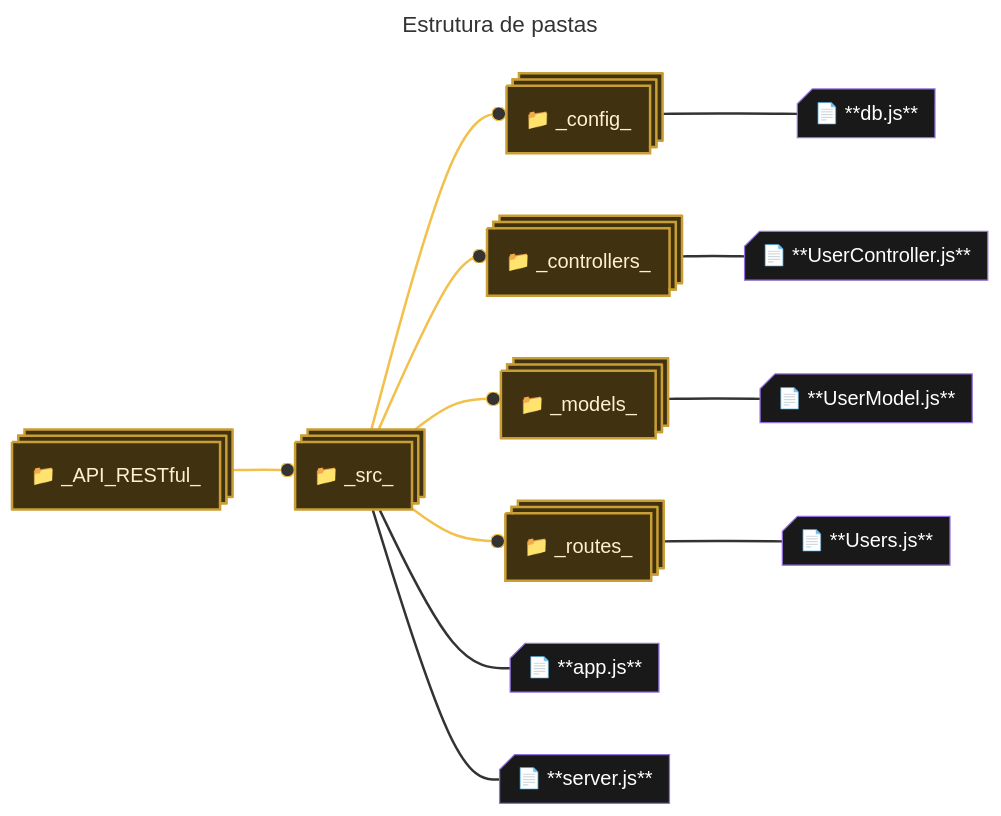
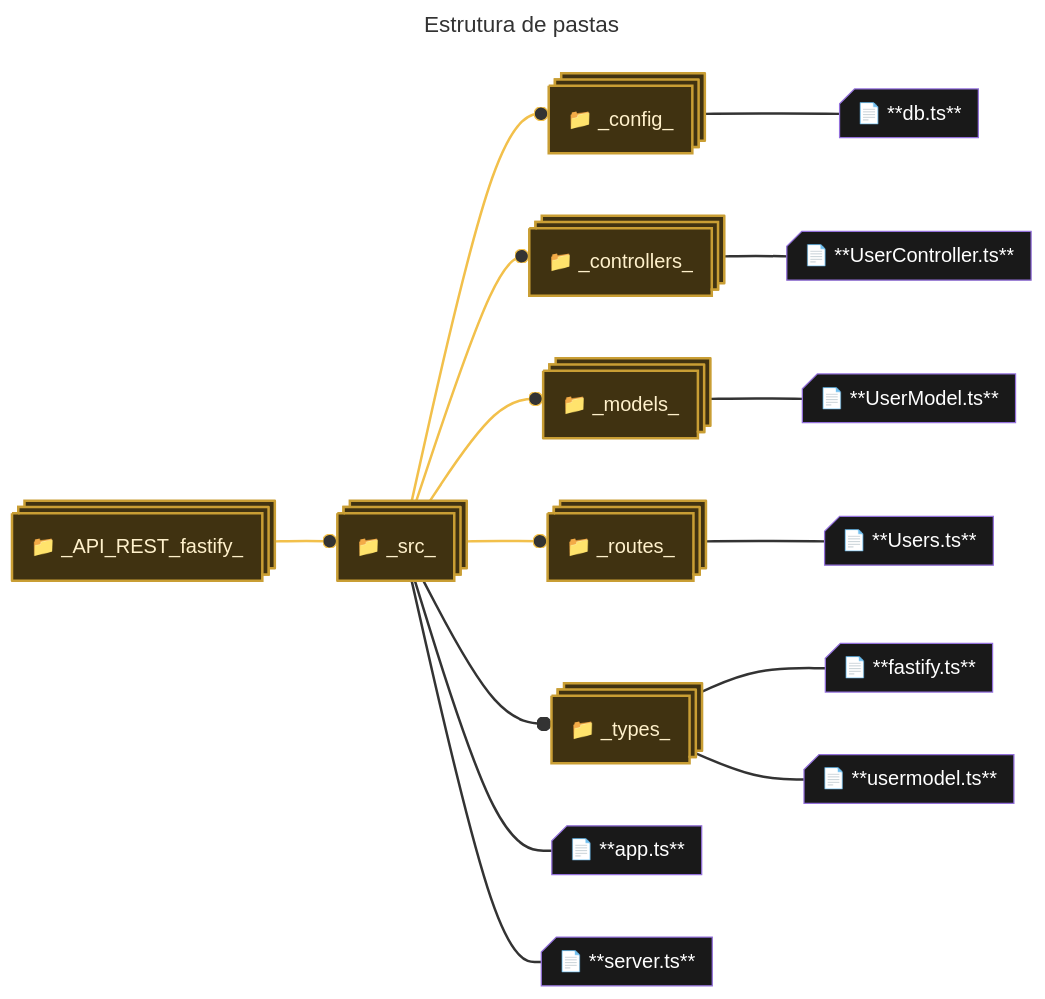
One commit to henrygoncalvess/API_REST_fastify changed the diagram in README.md. Above: the diagram before and after it, drawn with Mermaid.

Commit message:
atualizando mermaid.js

````diff
--- a/README.md
+++ b/README.md
@@ -35,48 +35,54 @@
 ``` mermaid
 ---
 title:  Estrutura de pastas
 ---
 flowchart LR
-    crud("📁 _API_RESTful_")@{ shape: processes }
+    crud("📁 _API_REST_fastify_")@{ shape: processes }
     crud --o src("📁 _src_")@{ shape: processes }
     src --o config("📁 _config_")@{ shape: processes }
-    config --- db.js("📄 **db.js**")@{ shape: card }
+    config --- db.ts("📄 **db.ts**")@{ shape: card }
     src --o controllers("📁 _controllers_")@{ shape: processes }
-    controllers --- UserController.js("📄 **UserController.js**")@{ shape: card }
+    controllers --- UserController.ts("📄 **UserController.ts**")@{ shape: card }
     src --o models("📁 _models_")@{ shape: processes }
-    models --- UserModel.js("📄 **UserModel.js**")@{ shape: card }
+    models --- UserModel.ts("📄 **UserModel.ts**")@{ shape: card }
     src --o routes("📁 _routes_")@{ shape: processes }
-    routes --- Users.js("📄 **Users.js**")@{ shape: card }
-    src --- app.js("📄 **app.js**")@{ shape: card }
-    src --- server.js("📄 **server.js**")@{ shape: card }
+    routes --- Users.ts("📄 **Users.ts**")@{ shape: card }
+    src --o types("📁 _types_")@{ shape: processes }
+    types --- fastify.ts("📄 **fastify.ts**")@{ shape: card }
+    types --- usermodel.ts("📄 **usermodel.ts**")@{ shape: card }
+    src --- app.ts("📄 **app.ts**")@{ shape: card }
+    src --- server.ts("📄 **server.ts**")@{ shape: card }
 
     %%CLASSES
     classDef default fill:#191919,color:white;
     
     classDef pasta fill:#403211,stroke:#c99e34,stroke-width:2px,color:#fff1cc;
 
     %%aplicação de classes
-    class crud,src,config,controllers,models,routes pasta
+    class crud,src,config,controllers,models,routes,types pasta
 
 
 
     %%LINKS
     
     %%pastas
     linkStyle 0,1,3,5,7 stroke:#f2c04b
 
     %%arquivos
     linkStyle default stroke-width:2px;
 
-    click src "https://github.com/henrygoncalvess/API_RESTful/tree/main/src"
-    click config "https://github.com/henrygoncalvess/API_RESTful/tree/main/src/config"
-    click db.js "https://github.com/henrygoncalvess/API_RESTful/tree/main/src/config/db.js"
-    click controllers "https://github.com/henrygoncalvess/API_RESTful/tree/main/src/controllers"
-    click UserController.js "https://github.com/henrygoncalvess/API_RESTful/tree/main/src/controllers/UserController.js"
-    click models "https://github.com/henrygoncalvess/API_RESTful/tree/main/src/models"
-    click UserModel.js "https://github.com/henrygoncalvess/API_RESTful/tree/main/src/models/UserModel.js"
-    click routes "https://github.com/henrygoncalvess/API_RESTful/tree/main/src/routes"
-    click Users.js "https://github.com/henrygoncalvess/API_RESTful/tree/main/src/routes/users.js"
-    click app.js "https://github.com/henrygoncalvess/API_RESTful/tree/main/src/app.js"
-    click server.js "https://github.com/henrygoncalvess/API_RESTful/tree/main/src/server.js"
+    click src "https://github.com/henrygoncalvess/API_REST_fastify/tree/main/src"
+    click config "https://github.com/henrygoncalvess/API_REST_fastify/tree/main/src/config"
+    click db.ts "https://github.com/henrygoncalvess/API_REST_fastify/tree/main/src/config/db.ts"
+    click controllers "https://github.com/henrygoncalvess/API_REST_fastify/tree/main/src/controllers"
+    click UserController.ts "https://github.com/henrygoncalvess/API_REST_fastify/tree/main/src/controllers/UserController.ts"
+    click models "https://github.com/henrygoncalvess/API_REST_fastify/tree/main/src/models"
+    click UserModel.ts "https://github.com/henrygoncalvess/API_REST_fastify/tree/main/src/models/UserModel.ts"
+    click routes "https://github.com/henrygoncalvess/API_REST_fastify/tree/main/src/routes"
+    click Users.ts "https://github.com/henrygoncalvess/API_REST_fastify/tree/main/src/routes/users.ts"
+    click types "https://github.com/henrygoncalvess/API_REST_fastify/tree/main/src/types"
+    click fastify.ts "https://github.com/henrygoncalvess/API_REST_fastify/tree/main/src/types/fastify.ts"
+    click usermodel.ts "https://github.com/henrygoncalvess/API_REST_fastify/tree/main/src/types/usermodel.ts"
+    click app.ts "https://github.com/henrygoncalvess/API_REST_fastify/tree/main/src/app.ts"
+    click server.ts "https://github.com/henrygoncalvess/API_REST_fastify/tree/main/src/server.ts"
 ```
````
